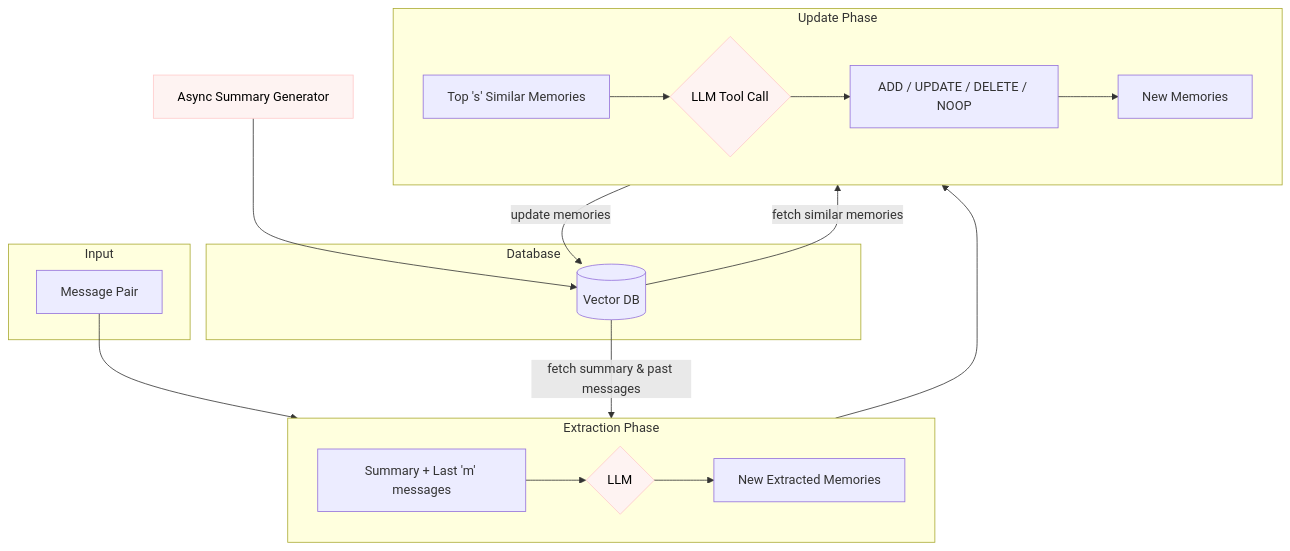
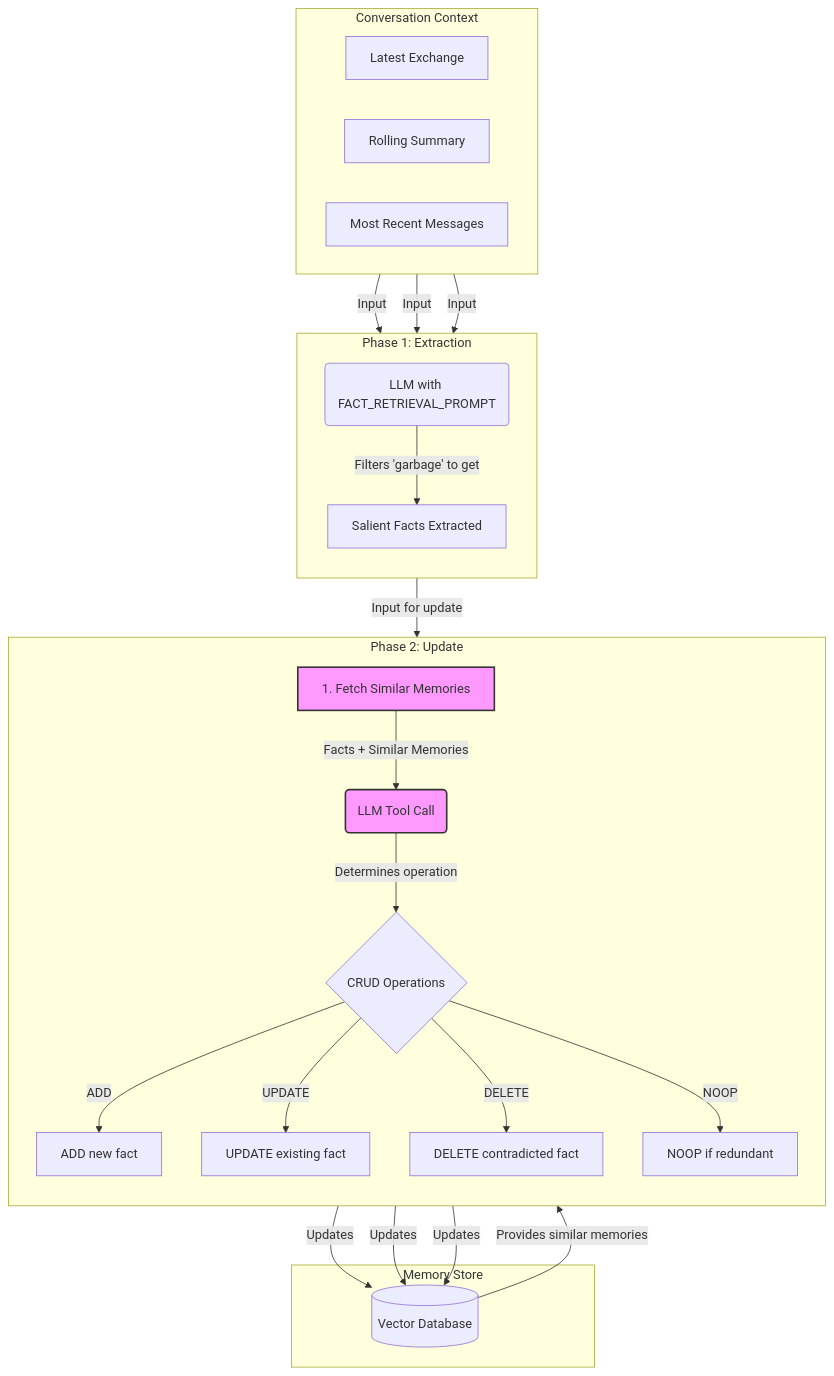
The first of 2 diagrams in breakdown/mem0.md (dwarvesf/research), drawn with Mermaid before and after one commit. The commit also changed other lines of this file and 3 other files, not shown here.

````diff
--- a/breakdown/mem0.md
+++ b/breakdown/mem0.md
@@ -52,28 +99,49 @@
 ```mermaid
 graph TD
-    subgraph "Input"
-        Messages[Message Pair]
-    end
-    subgraph "Database"
-        DB[(Vector DB)]
-    end
-    subgraph "Extraction Phase"
-        direction LR
-        A[Summary + Last 'm' messages] --> B{LLM}
-        Messages --> B
-        B --> C[New Extracted Memories]
-    end
-    subgraph "Update Phase"
-        direction LR
-        D[Top 's' Similar Memories] --> E{LLM Tool Call}
-        C --> E
-        E --> F[ADD / UPDATE / DELETE / NOOP]
-        F --> G[New Memories]
-    end
-    SummaryGenerator[Async Summary Generator] --> DB
-    DB -- "fetch summary & past messages" --> A
-    DB -- "fetch similar memories" --> D
-    G -- "update memories" --> DB
-    classDef highlight fill:#FEF3F2,stroke:#FFCACA,stroke-width:1px,color:#000
-    class B,E,SummaryGenerator highlight
+  subgraph Conversation Context
+    direction LR
+    A[Latest Exchange]
+    B[Rolling Summary]
+    C[Most Recent Messages]
+  end
+
+  subgraph "Phase 1: Extraction"
+    direction TB
+    D(LLM with FACT_RETRIEVAL_PROMPT)
+    E[Salient Facts Extracted]
+  end
+
+  subgraph "Phase 2: Update"
+    direction TB
+    F[1. Fetch Similar Memories]
+    G(LLM Tool Call)
+    H{CRUD Operations}
+    I[ADD new fact]
+    J[UPDATE existing fact]
+    K[DELETE contradicted fact]
+    L[NOOP if redundant]
+  end
+
+  subgraph "Memory Store"
+    M[(Vector Database)]
+  end
+
+  A -- "Input" --> D
+  B -- "Input" --> D
+  C -- "Input" --> D
+  D -- "Filters 'garbage' to get" --> E
+  E -- "Input for update" --> F
+  M -- "Provides similar memories" --> F
+  F -- "Facts + Similar Memories" --> G
+  G -- "Determines operation" --> H
+  H -- "ADD" --> I
+  H -- "UPDATE" --> J
+  H -- "DELETE" --> K
+  H -- "NOOP" --> L
+  I -- "Updates" --> M
+  J -- "Updates" --> M
+  K -- "Updates" --> M
+
+  style F fill:#f9f,stroke:#333,stroke-width:2px
+  style G fill:#f9f,stroke:#333,stroke-width:2px
 ```
````
